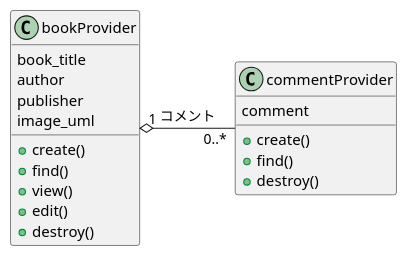
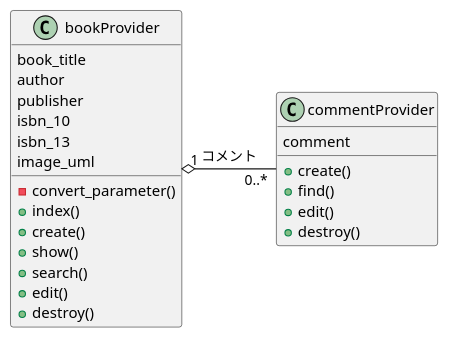
Before and after one commit to 40node/node006: the diagram in uml/class.pu, drawn with PlantUML. The commit also changed 3 other files, not shown here.

```diff
--- a/uml/class.pu
+++ b/uml/class.pu
@@ -1,24 +1,29 @@
 @startuml class
 
 class bookProvider {
     book_title
     author
     publisher
+    isbn_10
+    isbn_13
     image_uml
+    -convert_parameter()
+    +index()
     +create()
-    +find()
-    +view()
+    +show()
+    +search()
     +edit()
     +destroy()
 }
 
 class commentProvider {
     comment
     +create()
     +find()
+    +edit()
     +destroy()
 }
 
 bookProvider "1" o-right- "0..*" commentProvider : コメント
 
 @enduml
```
